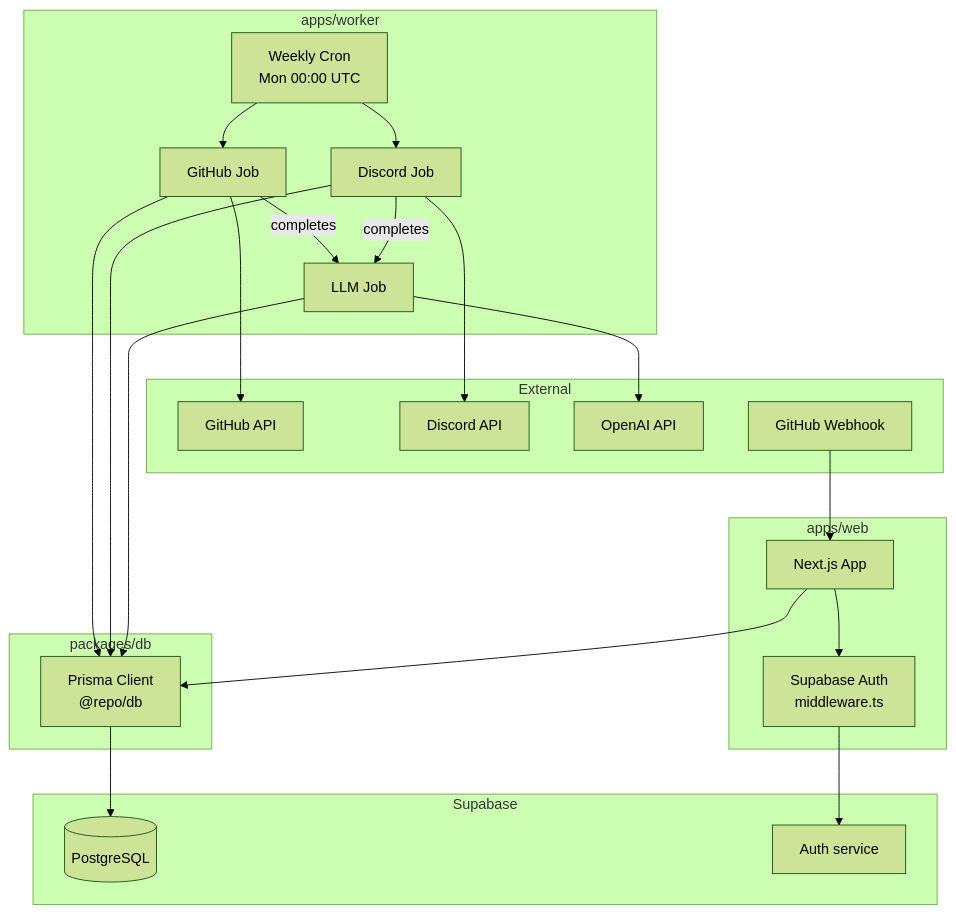
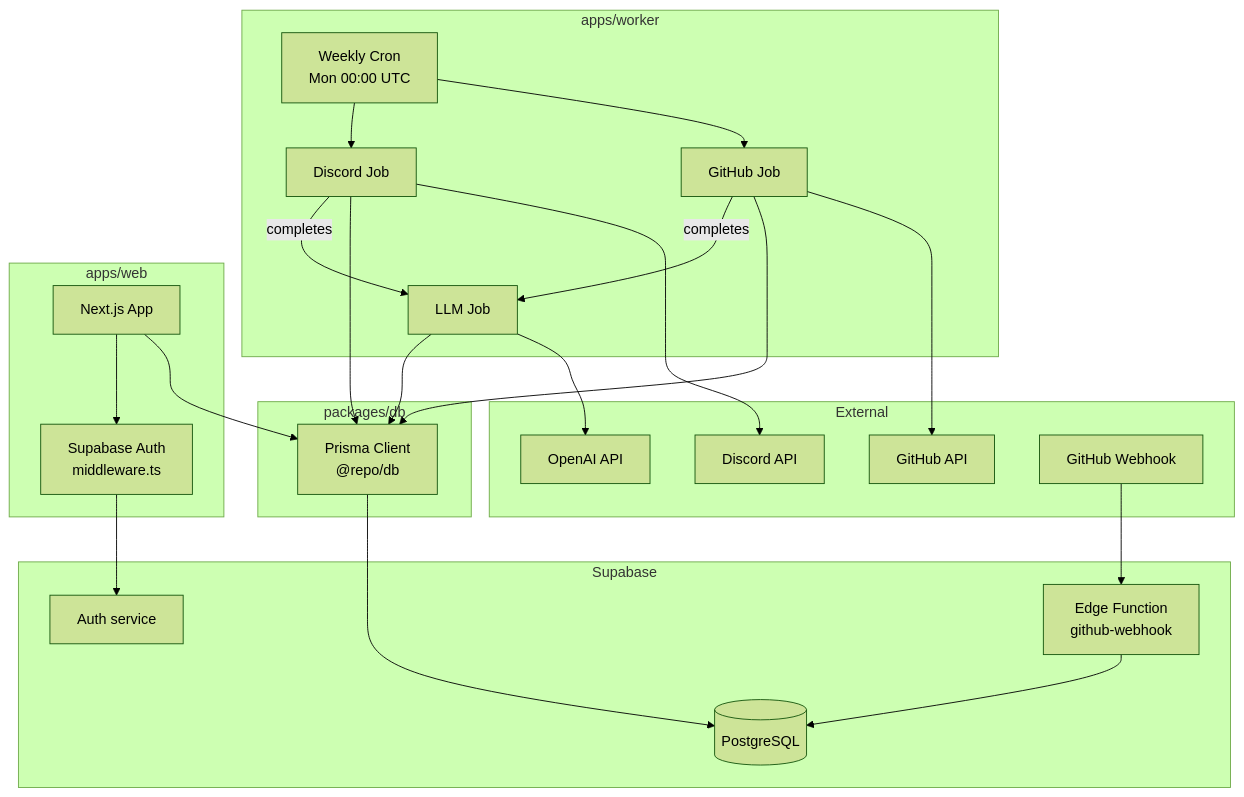
Before and after one commit to UoaWDCC/projects-health-dashboard: the first of 4 diagrams in docs/architecture.md, drawn with Mermaid (forest theme). The commit also changed other lines of this file, not shown here.

Commit message:
docs: update architecture diagram to reflect webhook handled by Supabase Edge Function

````diff
--- a/docs/architecture.md
+++ b/docs/architecture.md
@@ -20,48 +20,50 @@
 ```mermaid
 graph TD
     subgraph External
         GH[GitHub API]
         DC[Discord API]
         OAI[OpenAI API]
         WEBHOOK[GitHub Webhook]
     end
 
     subgraph apps/worker
         CRON[Weekly Cron<br/>Mon 00:00 UTC]
         GH_JOB[GitHub Job]
         DC_JOB[Discord Job]
         LLM_JOB[LLM Job]
     end
 
     subgraph apps/web
         NEXTJS[Next.js App]
         AUTH[Supabase Auth<br/>middleware.ts]
     end
 
     subgraph packages/db
         PRISMA[Prisma Client<br/>@repo/db]
     end
 
     subgraph Supabase
         DB[(PostgreSQL)]
         SUPAAUTH[Auth service]
+        EDGE[Edge Function<br/>github-webhook]
     end
 
     CRON --> GH_JOB
     CRON --> DC_JOB
     GH_JOB --> GH
     DC_JOB --> DC
     GH_JOB --> PRISMA
     DC_JOB --> PRISMA
     GH_JOB -->|completes| LLM_JOB
     DC_JOB -->|completes| LLM_JOB
     LLM_JOB --> OAI
     LLM_JOB --> PRISMA
 
-    WEBHOOK --> NEXTJS
+    WEBHOOK --> EDGE
+    EDGE --> DB
     NEXTJS --> PRISMA
     NEXTJS --> AUTH
     AUTH --> SUPAAUTH
 
     PRISMA --> DB
 ```
````
